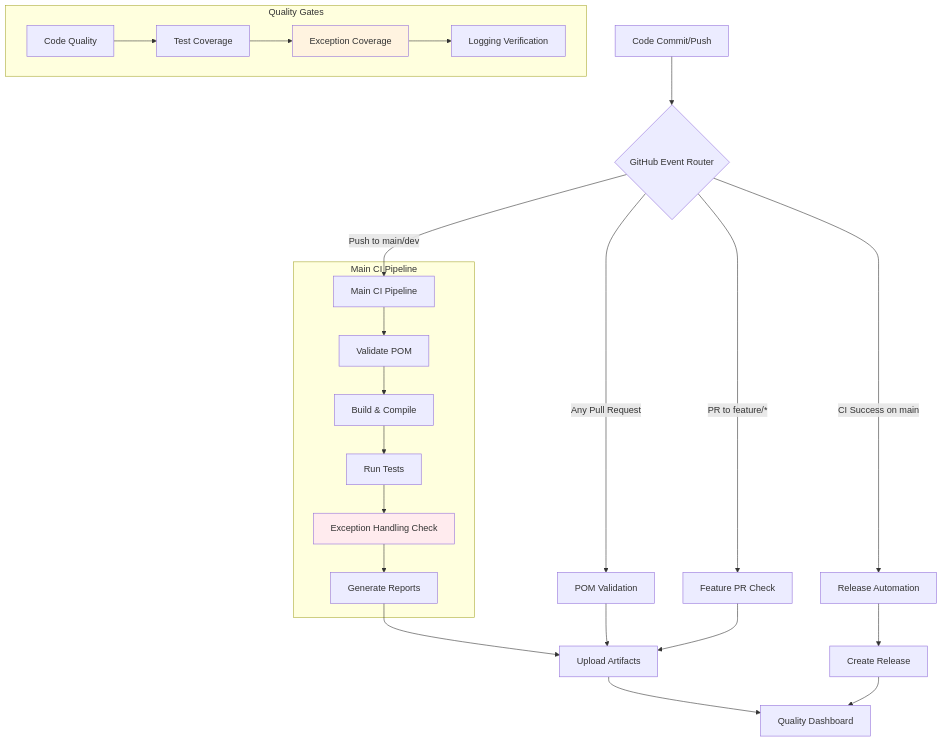
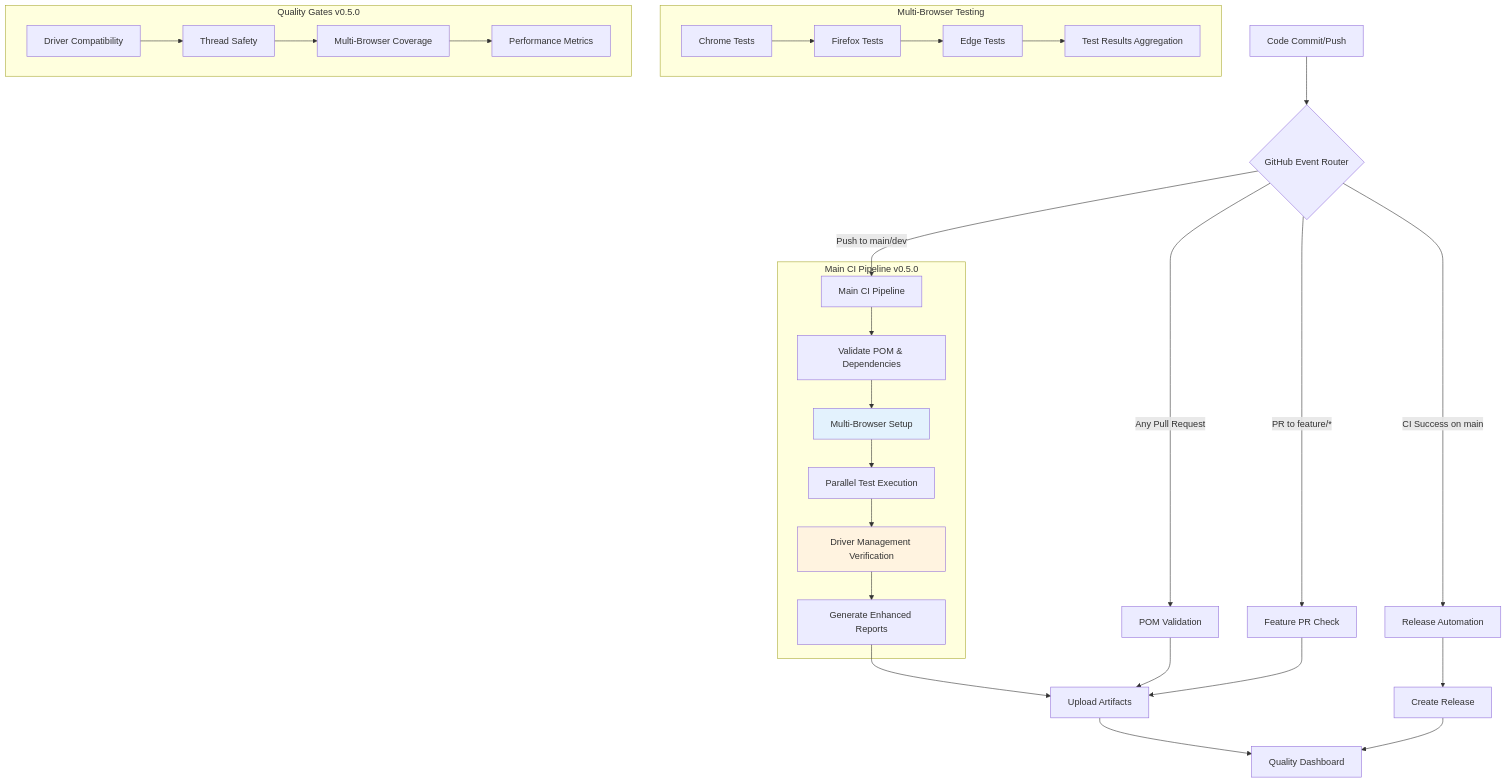
One commit to Anuj-Patiyal/hybrid-framework changed the eighth of 11 diagrams in README.md. Above: the diagram before and after it, drawn with Mermaid. The commit also changed other lines of this file and 11 other files, not shown here.

First line of the commit message:
🎯 [RELEASE] Advanced Driver Management (#28)

````diff
--- a/README.md
+++ b/README.md
@@ -339,34 +427,40 @@
 ```mermaid
 flowchart TD
     A[Code Commit/Push] --> B{GitHub Event Router}
     
     B -->|Push to main/dev| C[Main CI Pipeline]
     B -->|Any Pull Request| D[POM Validation]
     B -->|PR to feature/*| E[Feature PR Check]
     B -->|CI Success on main| F[Release Automation]
     
-    subgraph "Main CI Pipeline"
-        C --> C1[Validate POM]
-        C1 --> C2[Build & Compile]
-        C2 --> C3[Run Tests]
-        C3 --> C4[Exception Handling Check]
-        C4 --> C5[Generate Reports]
+    subgraph "Main CI Pipeline v0.5.0"
+        C --> C1[Validate POM & Dependencies]
+        C1 --> C2[Multi-Browser Setup]
+        C2 --> C3[Parallel Test Execution]
+        C3 --> C4[Driver Management Verification]
+        C4 --> C5[Generate Enhanced Reports]
     end
     
-    subgraph "Quality Gates"
-        Q1[Code Quality] --> Q2[Test Coverage]
-        Q2 --> Q3[Exception Coverage]
-        Q3 --> Q4[Logging Verification]
+    subgraph "Multi-Browser Testing"
+        M1[Chrome Tests] --> M2[Firefox Tests]
+        M2 --> M3[Edge Tests]
+        M3 --> M4[Test Results Aggregation]
+    end
+    
+    subgraph "Quality Gates v0.5.0"
+        Q1[Driver Compatibility] --> Q2[Thread Safety]
+        Q2 --> Q3[Multi-Browser Coverage]
+        Q3 --> Q4[Performance Metrics]
     end
     
     C5 --> G[Upload Artifacts]
     D --> G
     E --> G
     F --> H[Create Release]
     
     G --> I[Quality Dashboard]
     H --> I
     
-    style C4 fill:#ffebee
-    style Q3 fill:#fff3e0
+    style C2 fill:#e3f2fd
+    style C4 fill:#fff3e0
 ```
````
